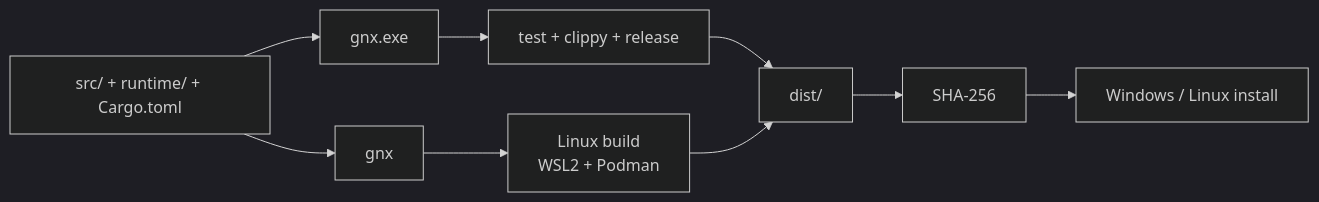
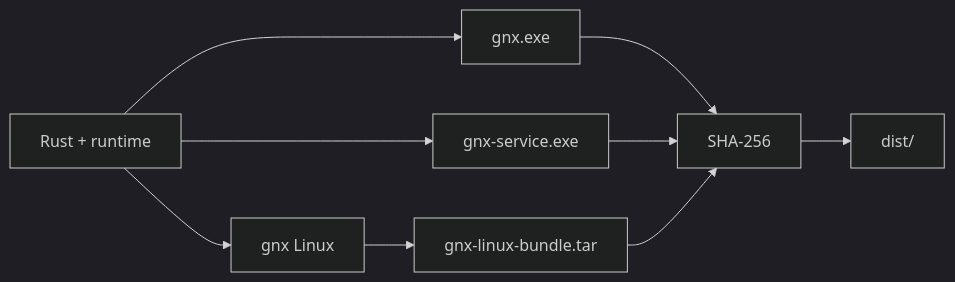
Before and after one commit to mayas-alas/quetzalcoatl: the fourth of 4 diagrams in docs/arquitectura.md, drawn with Mermaid (dark theme). The commit also changed other lines of this file and 22 other files, not shown here.

First line of the commit message:
feat(windows): broker aislado + cuenta de runtime dedicada

````diff
--- a/docs/arquitectura.md
+++ b/docs/arquitectura.md
@@ -289,14 +399,11 @@
 ```mermaid
 flowchart LR
-    SRC["src/ + runtime/ + Cargo.toml"] --> WIN["gnx.exe"]
-    SRC --> LINUX["gnx"]
-
-    WIN --> GATES["test + clippy + release"]
-    LINUX --> WSLBUILD["Linux build<br/>WSL2 + Podman"]
-
-    GATES --> DIST["dist/"]
-    WSLBUILD --> DIST
-
-    DIST --> HASH["SHA-256"]
-    HASH --> INSTALL["Windows / Linux install"]
+    SRC["Rust + runtime"] --> WIN["gnx.exe"]
+    SRC --> SVC["gnx-service.exe"]
+    SRC --> LIN["gnx Linux"]
+    LIN --> BUNDLE["gnx-linux-bundle.tar"]
+    WIN --> HASH["SHA-256"]
+    SVC --> HASH
+    BUNDLE --> HASH
+    HASH --> DIST["dist/"]
 ```
````
